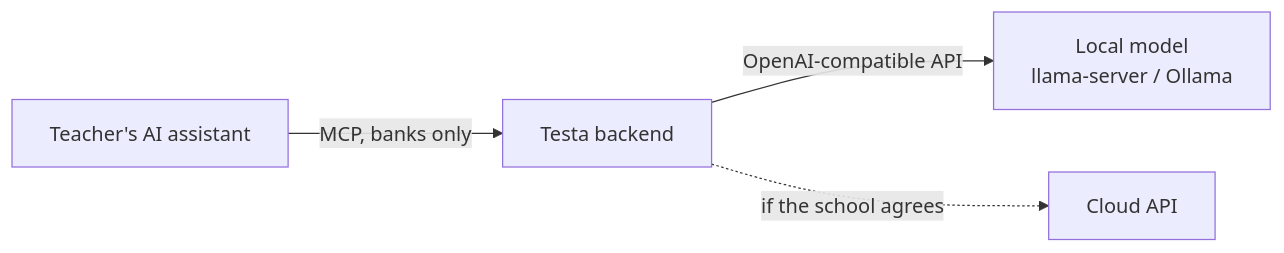
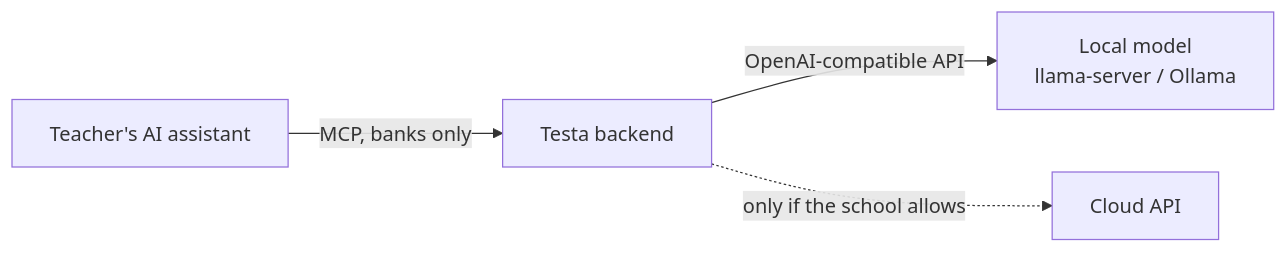
The diagram in docs/ai.md (alaner652/tpcu-testa), drawn with Mermaid before and after one commit. The commit also changed other lines of this file and 6 other files, not shown here.

````diff
--- a/docs/ai.md
+++ b/docs/ai.md
@@ -67,6 +68,6 @@
 ```mermaid
 flowchart LR
     T["Testa backend"] -->|OpenAI-compatible API| L["Local model<br/>llama-server / Ollama"]
-    T -.if the school agrees.-> C["Cloud API"]
+    T -.only if the school allows.-> C["Cloud API"]
     A["Teacher's AI assistant"] -->|MCP, banks only| T
 ```
````
